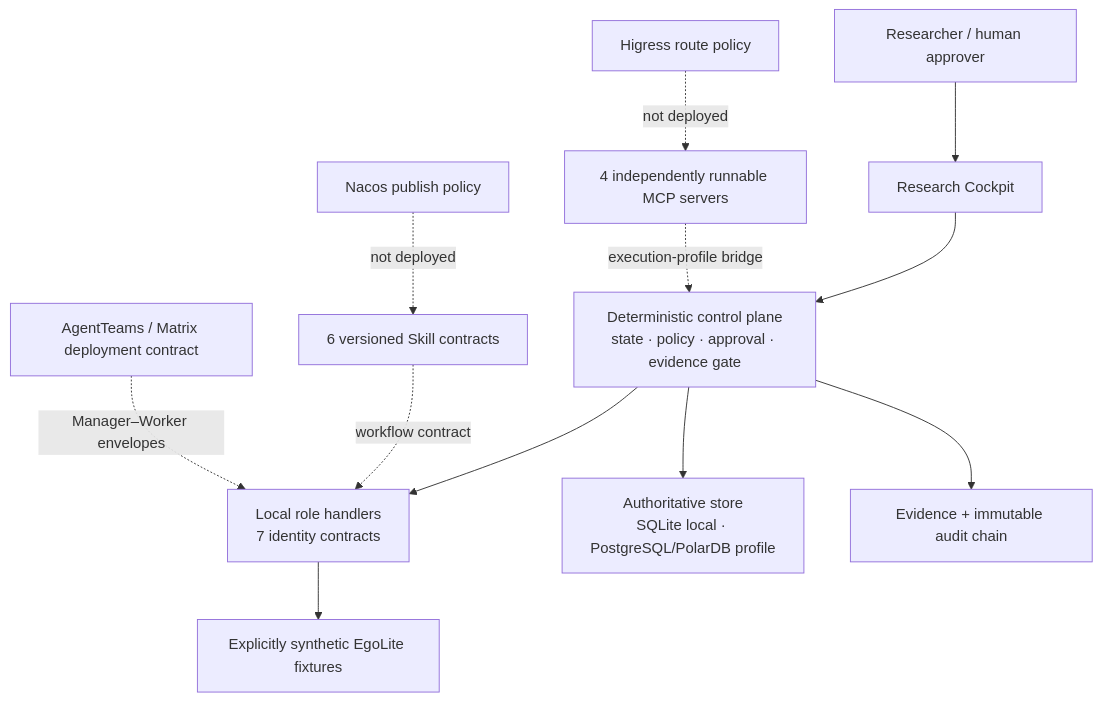
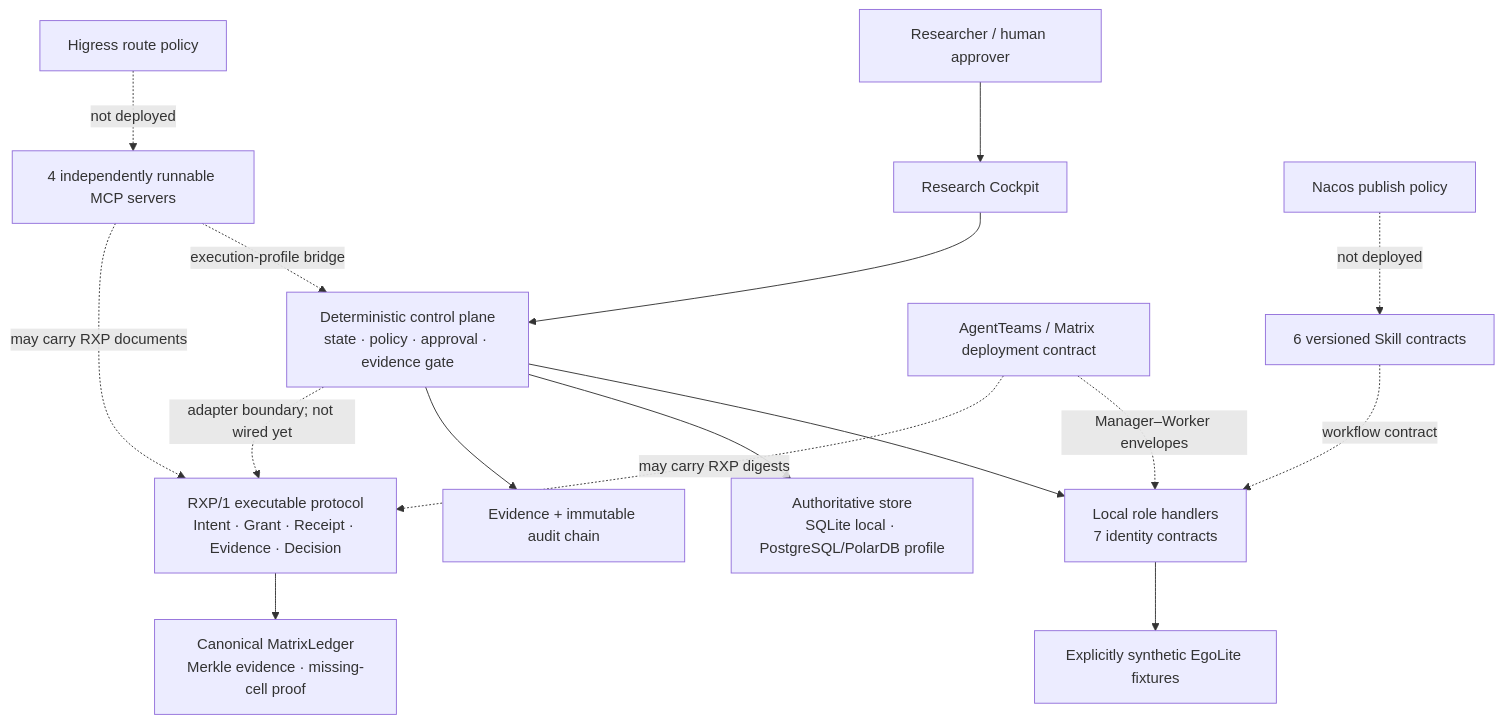
Before and after one commit to Sorasky681/ego_agent_infra_secure_memory: the diagram in docs/architecture.md, drawn with Mermaid. The commit also changed other lines of this file and 33 other files, not shown here.

Commit message:
Add executable RXP experiment protocol

````diff
--- a/docs/architecture.md
+++ b/docs/architecture.md
@@ -7,14 +7,19 @@
 ```mermaid
 flowchart TB
   H["Researcher / human approver"] --> UI["Research Cockpit"]
   UI --> API["Deterministic control plane\nstate · policy · approval · evidence gate"]
   API --> R["Local role handlers\n7 identity contracts"]
   R --> FX["Explicitly synthetic EgoLite fixtures"]
   API --> DB["Authoritative store\nSQLite local · PostgreSQL/PolarDB profile"]
   API --> AU["Evidence + immutable audit chain"]
+  RXP["RXP/1 executable protocol\nIntent · Grant · Receipt · Evidence · Decision"]
+  RXP --> RL["Canonical MatrixLedger\nMerkle evidence · missing-cell proof"]
+  API -. "adapter boundary; not wired yet" .-> RXP
   SK["6 versioned Skill contracts"] -. "workflow contract" .-> R
   MCP["4 independently runnable MCP servers"] -. "execution-profile bridge" .-> API
+  MCP -. "may carry RXP documents" .-> RXP
   AT["AgentTeams / Matrix deployment contract"] -. "Manager–Worker envelopes" .-> R
+  AT -. "may carry RXP digests" .-> RXP
   HG["Higress route policy"] -. "not deployed" .-> MCP
   NC["Nacos publish policy"] -. "not deployed" .-> SK
 ```
````
